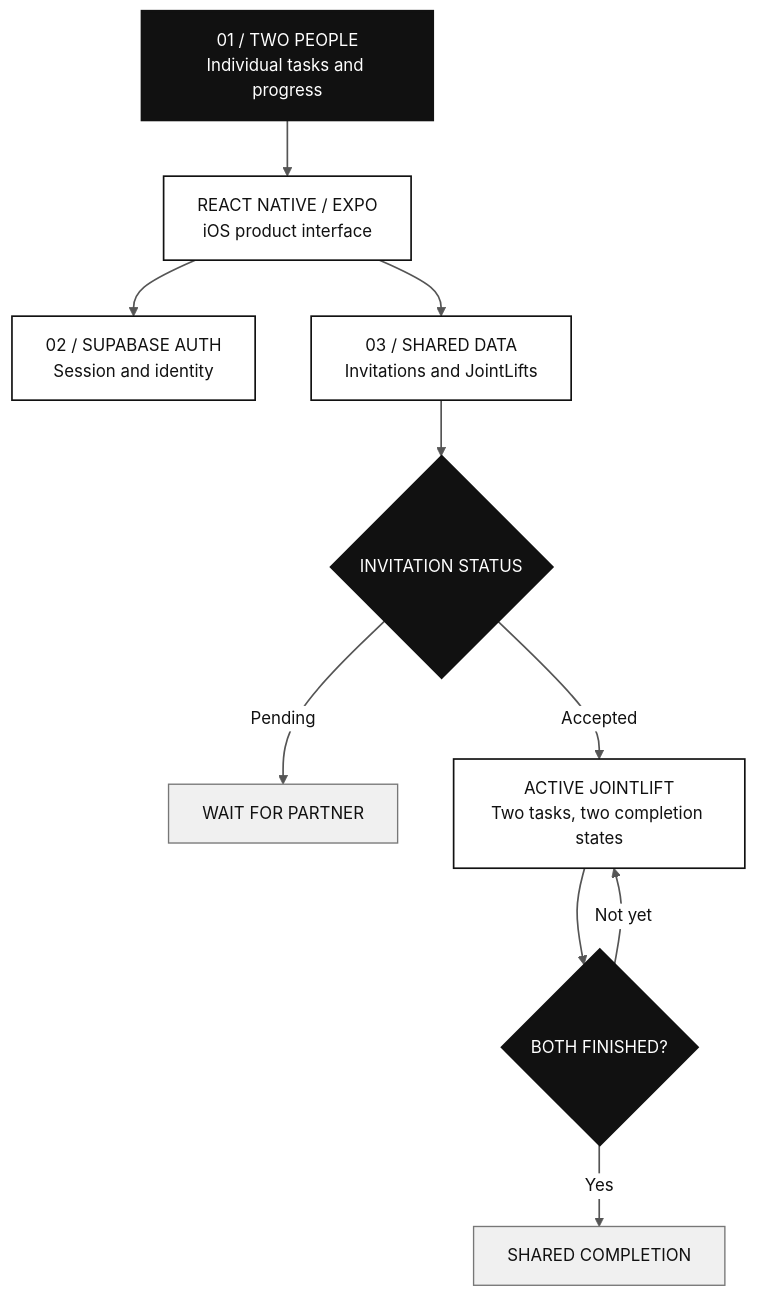
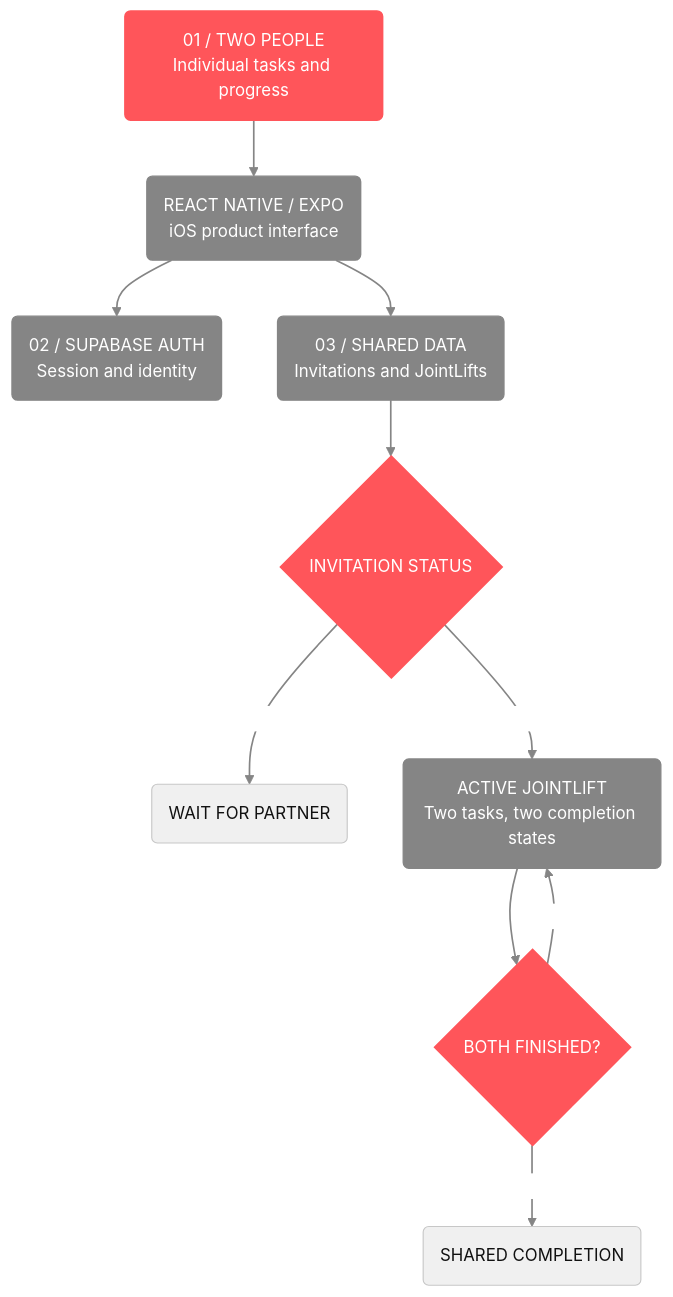
Before and after one commit to barbarakprokop/jointlift-app-architecture: the diagram in README.md, drawn with Mermaid.

Commit message:
Restyle architecture diagram with coral pills and grey flow components

````diff
--- a/README.md
+++ b/README.md
@@ -19,20 +19,21 @@
 ```mermaid
-%%{init: {"theme": "base", "themeVariables": {"fontFamily":"Arial, Helvetica, sans-serif","fontSize":"15px","primaryColor":"#FFFFFF","primaryTextColor":"#111111","primaryBorderColor":"#111111","lineColor":"#555555","edgeLabelBackground":"#FFFFFF"}}}%%
+%%{init: {"theme":"base","themeVariables":{"fontFamily":"Arial, Helvetica, sans-serif","fontSize":"15px","primaryColor":"#FF555A","primaryTextColor":"#FFFFFF","primaryBorderColor":"#FF555A","lineColor":"#858585","secondaryColor":"#858585","tertiaryColor":"#F0F0F0","edgeLabelBackground":"#FFFFFF"}}}%%
 flowchart TB
-    USER["01 / TWO PEOPLE<br/>Individual tasks and progress"] --> APP["REACT NATIVE / EXPO<br/>iOS product interface"]
-    APP --> AUTH["02 / SUPABASE AUTH<br/>Session and identity"]
-    APP --> DATA["03 / SHARED DATA<br/>Invitations and JointLifts"]
+    USER("01 / TWO PEOPLE<br/>Individual tasks and progress") --> APP("REACT NATIVE / EXPO<br/>iOS product interface")
+    APP --> AUTH("02 / SUPABASE AUTH<br/>Session and identity")
+    APP --> DATA("03 / SHARED DATA<br/>Invitations and JointLifts")
     DATA --> INVITE{"INVITATION STATUS"}
-    INVITE -->|Pending| WAIT["WAIT FOR PARTNER"]
-    INVITE -->|Accepted| ROOM["ACTIVE JOINTLIFT<br/>Two tasks, two completion states"]
+    INVITE -->|Pending| WAIT("WAIT FOR PARTNER")
+    INVITE -->|Accepted| ROOM("ACTIVE JOINTLIFT<br/>Two tasks, two completion states")
     ROOM --> COMPLETE{"BOTH FINISHED?"}
     COMPLETE -->|Not yet| ROOM
-    COMPLETE -->|Yes| DONE["SHARED COMPLETION"]
-    classDef ink fill:#111111,stroke:#111111,color:#FFFFFF,stroke-width:2px;
-    classDef outline fill:#FFFFFF,stroke:#111111,color:#111111,stroke-width:1.5px;
-    classDef muted fill:#F0F0F0,stroke:#777777,color:#111111,stroke-width:1.2px;
-    class USER,INVITE,COMPLETE ink;
-    class APP,AUTH,DATA,ROOM outline;
-    class WAIT,DONE muted;
-    linkStyle default stroke:#555555,stroke-width:1.5px;
+    COMPLETE -->|Yes| DONE("SHARED COMPLETION")
+    classDef primary fill:#FF555A,stroke:#FF555A,color:#FFFFFF,stroke-width:1.5px;
+    classDef secondary fill:#858585,stroke:#858585,color:#FFFFFF,stroke-width:1.2px;
+    classDef annotation fill:#F0F0F0,stroke:#C7C7C7,color:#111111,stroke-width:1px;
+    classDef future fill:#F0F0F0,stroke:#999999,color:#555555,stroke-width:1.2px,stroke-dasharray:5 4;
+    class USER,INVITE,COMPLETE primary;
+    class APP,AUTH,DATA,ROOM secondary;
+    class WAIT,DONE annotation;
+    linkStyle default stroke:#858585,stroke-width:1.5px;
 ```
````
